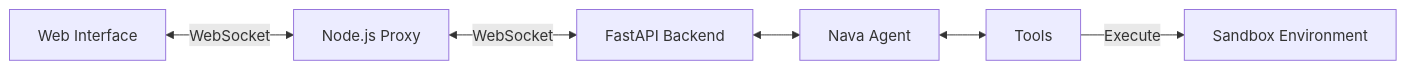
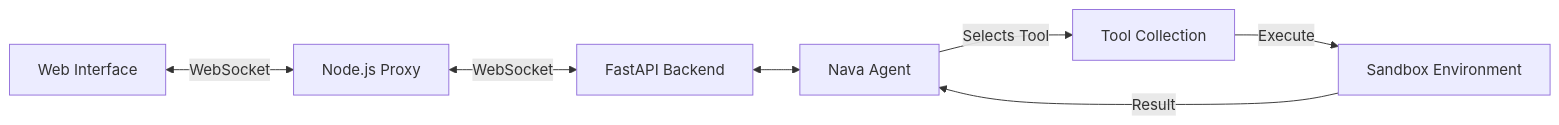
Before and after one commit to shanmuka7482/Open-Manus: the diagram in README.md, drawn with Mermaid. The commit also changed other lines of this file, not shown here.

````diff
--- a/README.md
+++ b/README.md
@@ -39,8 +37,9 @@
 ```mermaid
 graph LR
     User[Web Interface] <-->|WebSocket| Proxy[Node.js Proxy]
     Proxy <-->|WebSocket| API[FastAPI Backend]
     API <--> Agent[Nava Agent]
-    Agent <--> Tools[Tools]
+    Agent -- Selects Tool --> Tools[Tool Collection]
     Tools -->|Execute| Sandbox[Sandbox Environment]
+    Sandbox -->|Result| Agent
 ```
````
